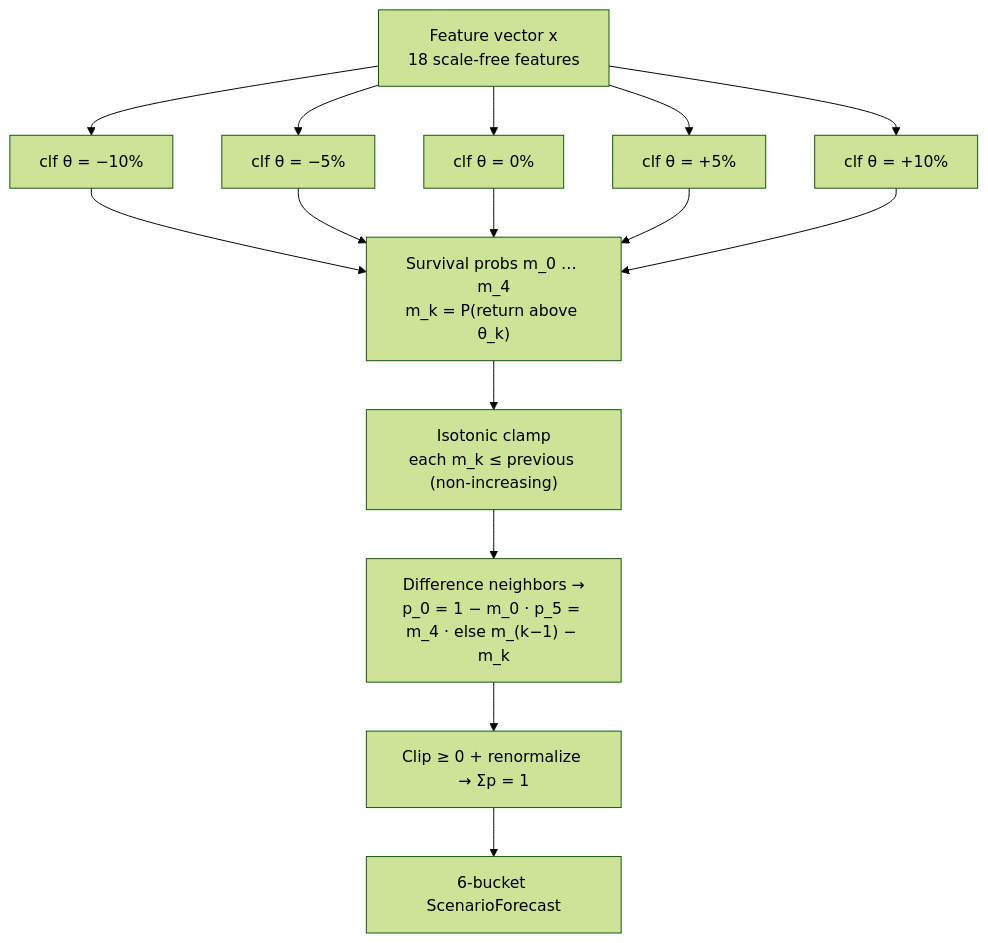
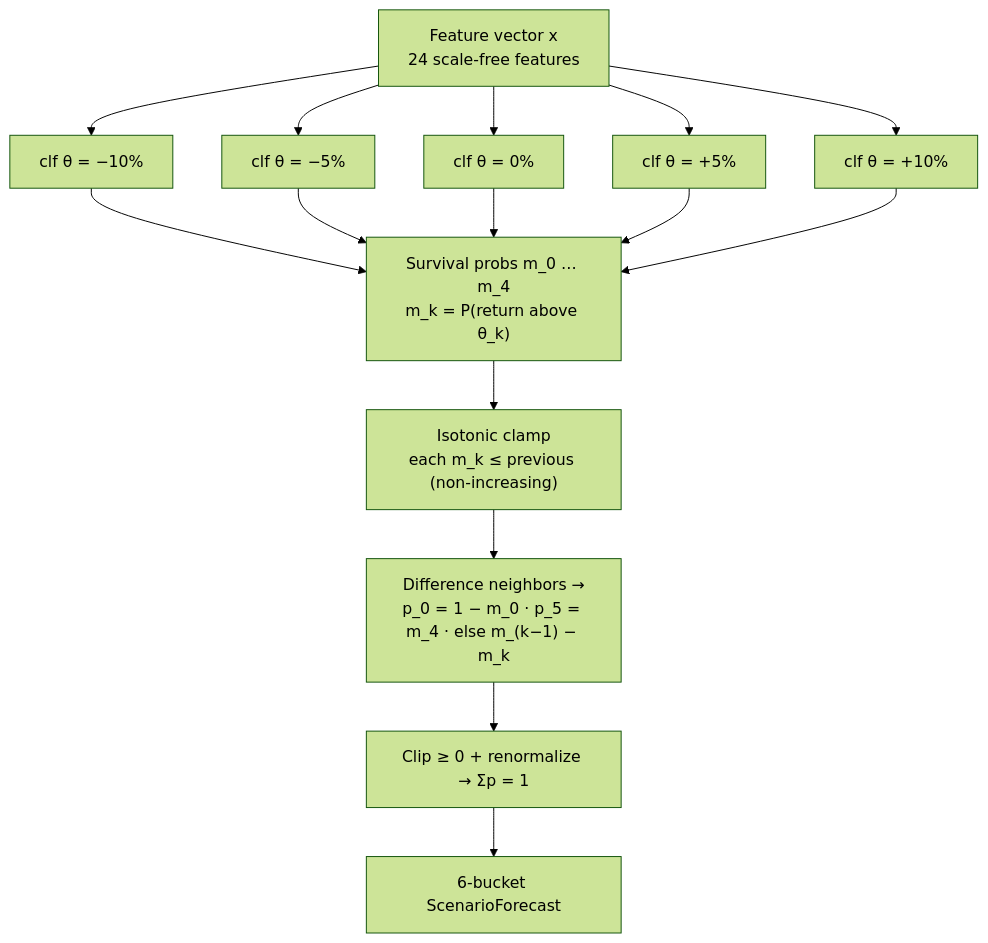
The fifth of 7 diagrams in docs/models_explanation.md (truongbnguyen88/ai-stock-analysis), drawn with Mermaid (forest theme) before and after one commit. The commit also changed other lines of this file and 6 other files, not shown here.

````diff
--- a/docs/models_explanation.md
+++ b/docs/models_explanation.md
@@ -517,17 +517,17 @@
 ```mermaid
 flowchart TD
-    X["Feature vector x<br/>18 scale-free features"] --> C0["clf θ = −10%"]
+    X["Feature vector x<br/>24 scale-free features"] --> C0["clf θ = −10%"]
     X --> C1["clf θ = −5%"]
     X --> C2["clf θ = 0%"]
     X --> C3["clf θ = +5%"]
     X --> C4["clf θ = +10%"]
     C0 --> M["Survival probs m_0 … m_4<br/>m_k = P(return above θ_k)"]
     C1 --> M
     C2 --> M
     C3 --> M
     C4 --> M
     M --> ISO["Isotonic clamp<br/>each m_k ≤ previous (non-increasing)"]
     ISO --> DIFF["Difference neighbors →<br/>p_0 = 1 − m_0 · p_5 = m_4 · else m_(k−1) − m_k"]
     DIFF --> NORM["Clip ≥ 0 + renormalize → Σp = 1"]
     NORM --> SF["6-bucket ScenarioForecast"]
 ```
````
